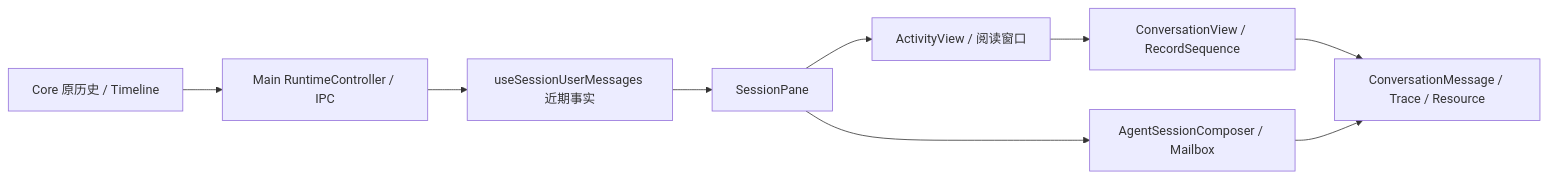
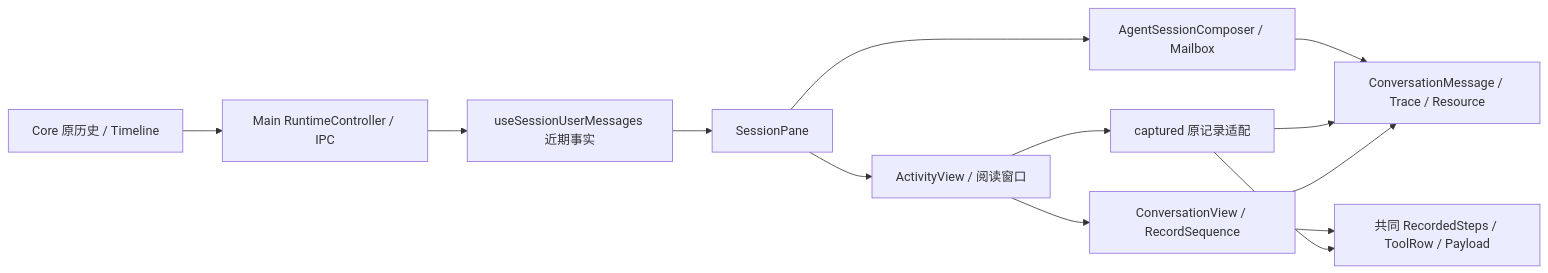
The diagram in docs/architecture/conversation.md (bagakit/agentmux), drawn with Mermaid before and after one commit. The commit also changed other lines of this file and 4 other files, not shown here.

````diff
--- a/docs/architecture/conversation.md
+++ b/docs/architecture/conversation.md
@@ -31,11 +33,15 @@
 ```mermaid
 flowchart LR
   Core["Core 原历史 / Timeline"] --> Main["Main RuntimeController / IPC"]
   Main --> Facts["useSessionUserMessages 近期事实"]
   Facts --> Pane["SessionPane"]
   Pane --> Activity["ActivityView / 阅读窗口"]
   Activity --> View["ConversationView / RecordSequence"]
   View --> Message["ConversationMessage / Trace / Resource"]
+  Activity --> Captured["captured 原记录适配"]
+  Captured --> Message
+  Captured --> Process["共同 RecordedSteps / ToolRow / Payload"]
+  View --> Process
   Pane --> Composer["AgentSessionComposer / Mailbox"]
   Composer --> Message
 ```
````
